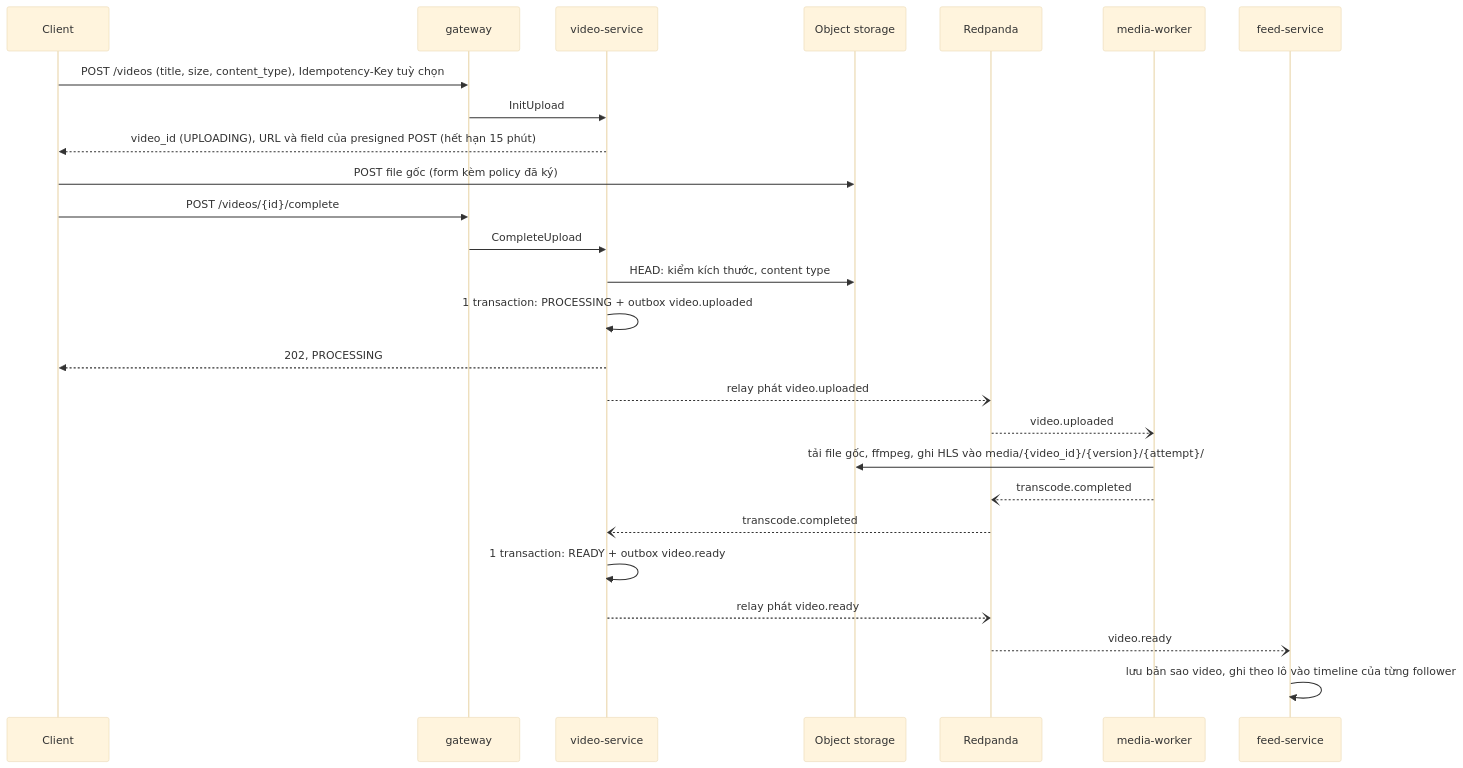
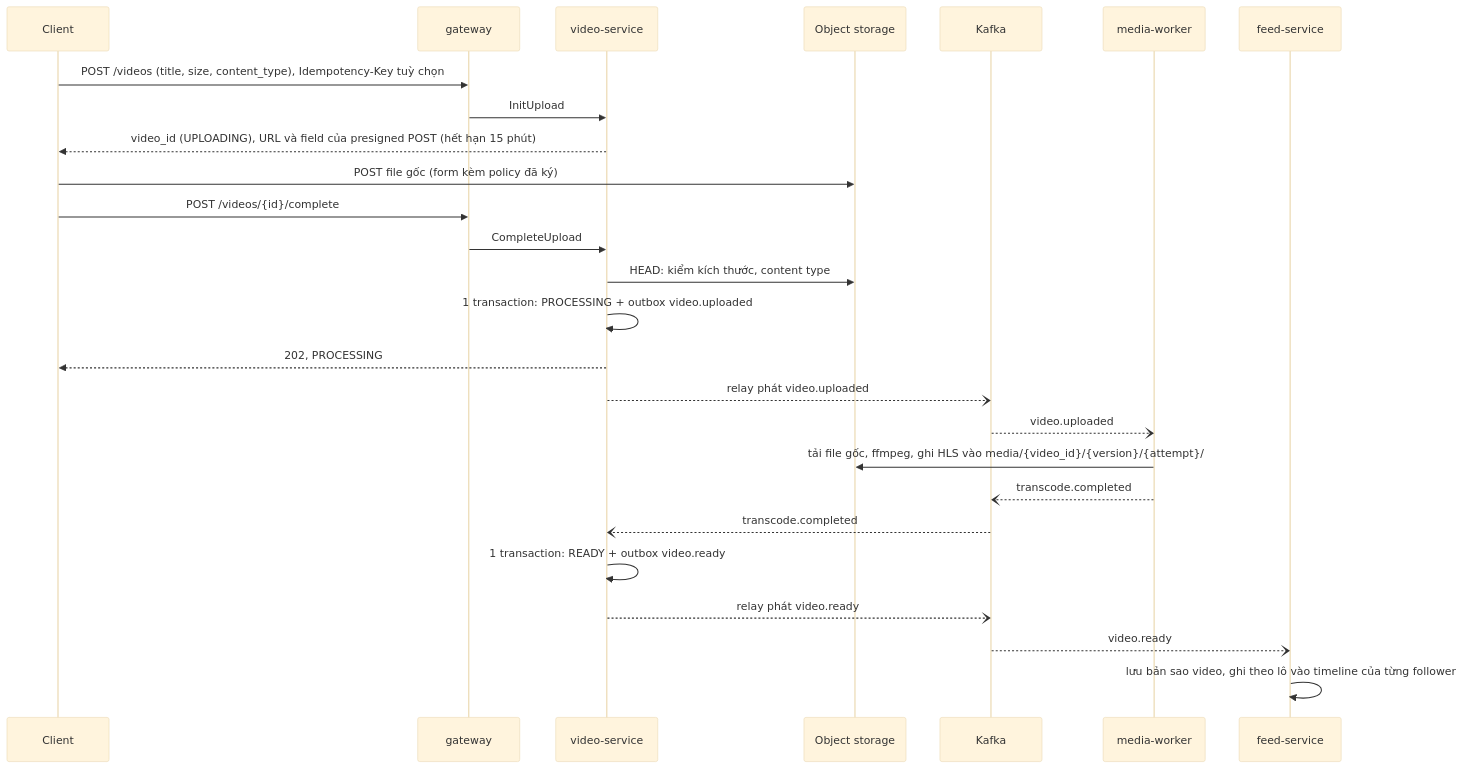
One commit to anhnvcoder/svp-backend changed the third of 4 diagrams in docs/architecture.md. Above: the diagram before and after it, drawn with Mermaid (base theme). The commit also changed other lines of this file and 165 other files, not shown here.

````diff
--- a/docs/architecture.md
+++ b/docs/architecture.md
@@ -166,29 +167,29 @@
 ```mermaid
 sequenceDiagram
     participant C as Client
     participant GW as gateway
     participant VS as video-service
     participant S3 as Object storage
-    participant RP as Redpanda
+    participant RP as Kafka
     participant MW as media-worker
     participant FS as feed-service
 
     C->>GW: POST /videos (title, size, content_type), Idempotency-Key tuỳ chọn
     GW->>VS: InitUpload
     VS-->>C: video_id (UPLOADING), URL và field của presigned POST (hết hạn 15 phút)
     C->>S3: POST file gốc (form kèm policy đã ký)
     C->>GW: POST /videos/{id}/complete
     GW->>VS: CompleteUpload
     VS->>S3: HEAD: kiểm kích thước, content type
     VS->>VS: 1 transaction: PROCESSING + outbox video.uploaded
     VS-->>C: 202, PROCESSING
     VS--)RP: relay phát video.uploaded
     RP--)MW: video.uploaded
     MW->>S3: tải file gốc, ffmpeg, ghi HLS vào media/{video_id}/{version}/{attempt}/
     MW--)RP: transcode.completed
     RP--)VS: transcode.completed
     VS->>VS: 1 transaction: READY + outbox video.ready
     VS--)RP: relay phát video.ready
     RP--)FS: video.ready
     FS->>FS: lưu bản sao video, ghi theo lô vào timeline của từng follower
 ```
````
